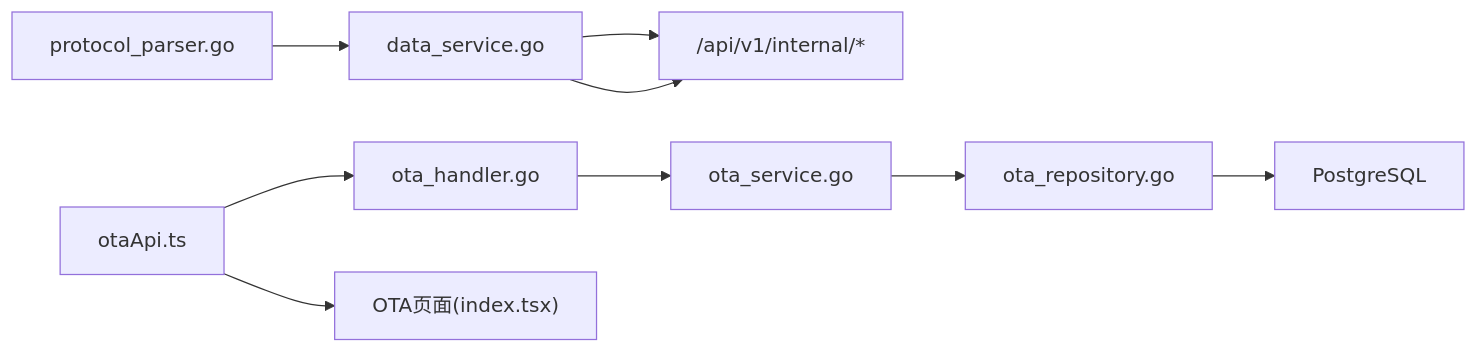
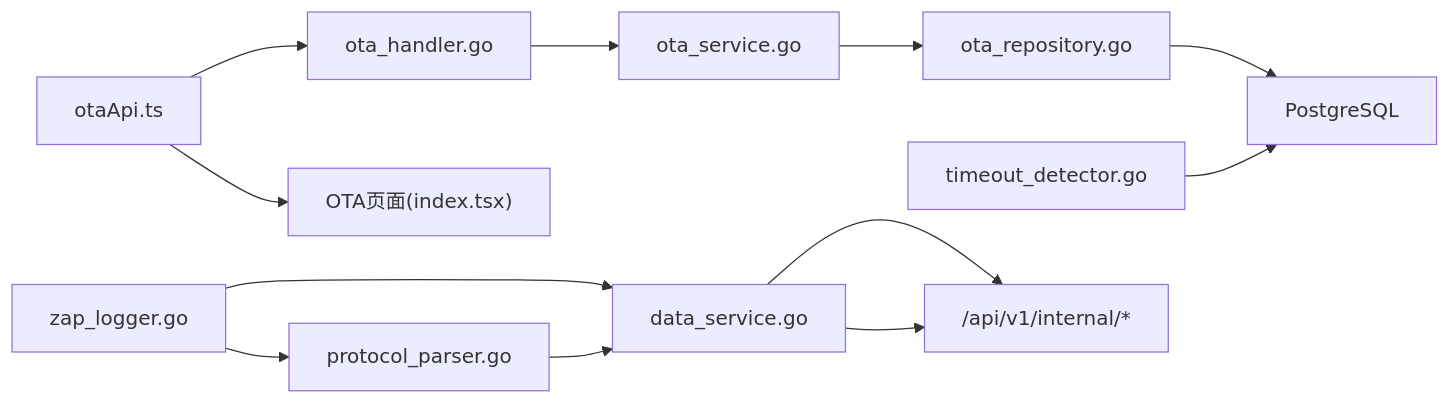
Before and after one commit to mcmrzy/cs_inv_monitor-develop: the fourth of 4 diagrams in .qoder/repowiki/zh/content/OTA升级系统/OTA状态跟踪.md, drawn with Mermaid. The commit also changed other lines of this file and 28 other files, not shown here.

````diff
--- a/.qoder/repowiki/zh/content/OTA升级系统/OTA状态跟踪.md
+++ b/.qoder/repowiki/zh/content/OTA升级系统/OTA状态跟踪.md
@@ -230,11 +283,14 @@
 ```mermaid
 graph LR
 H["ota_handler.go"] --> S["ota_service.go"]
 S --> R["ota_repository.go"]
 R --> DB["PostgreSQL"]
+TIMEOUT["timeout_detector.go"] --> DB
 DS["data_service.go"] --> API["/api/v1/internal/*"]
 PP["protocol_parser.go"] --> DS
 DS --> API
 FE["otaApi.ts"] --> H
 FE --> UI["OTA页面(index.tsx)"]
+LOGGER["zap_logger.go"] --> DS
+LOGGER --> PP
 ```
````
